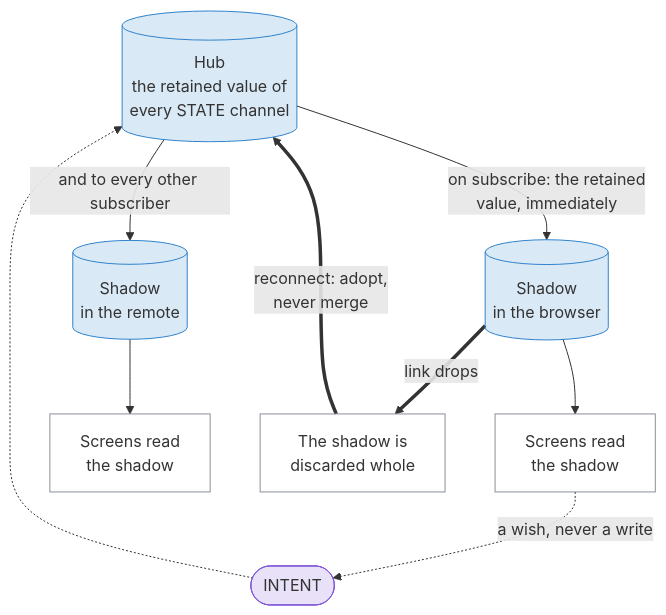
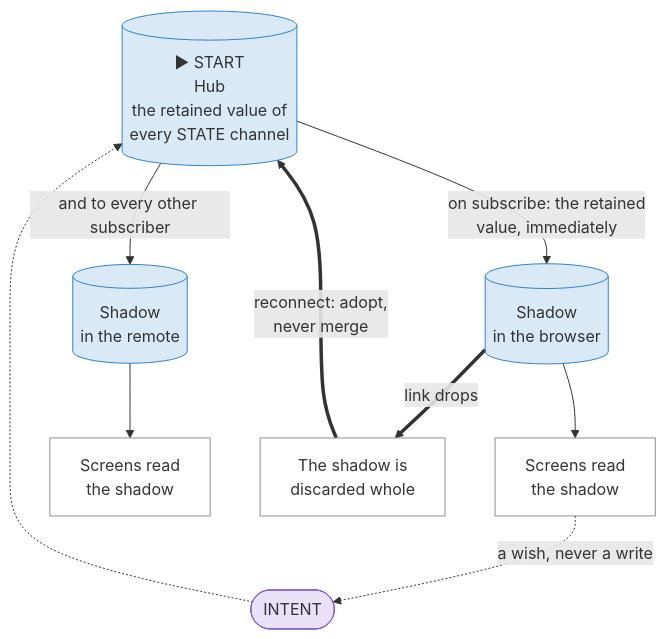
Before and after one commit to AtlanticTM/SlopDrive-32: the fifth of 7 diagrams in docs-site/docs/understand/how-it-works.md, drawn with Mermaid. The commit also changed other lines of this file and 64 other files, not shown here.

````diff
--- a/docs-site/docs/understand/how-it-works.md
+++ b/docs-site/docs/understand/how-it-works.md
@@ -205,20 +210,20 @@
 ```mermaid
 flowchart TD
-    H[("Hub<br/>the retained value of<br/>every STATE channel")]:::truth
+    H[("▶ START<br/>Hub<br/>the retained value of<br/>every STATE channel")]:::truth
 
     H -->|"on subscribe: the retained<br/>value, immediately"| S1[("Shadow<br/>in the browser")]:::truth
     H -->|"and to every other subscriber"| S2[("Shadow<br/>in the remote")]:::truth
 
     S1 --> V1["Screens read<br/>the shadow"]:::party
     S2 --> V2["Screens read<br/>the shadow"]:::party
 
     V1 -.->|"a wish, never a write"| I(["INTENT"]):::wish
     I -.-> H
 
     S1 ==>|"link drops"| X["The shadow is<br/>discarded whole"]:::party
     X ==>|"reconnect: adopt,<br/>never merge"| H
 
     classDef truth fill:#3183cc2e,stroke:#3183cc
     classDef wish fill:#8158d82e,stroke:#8158d8
     classDef party fill:none,stroke:#8a8f98
 ```
````
